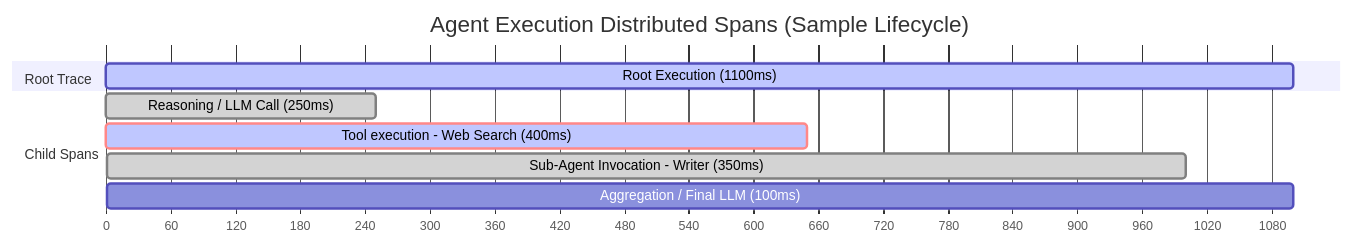
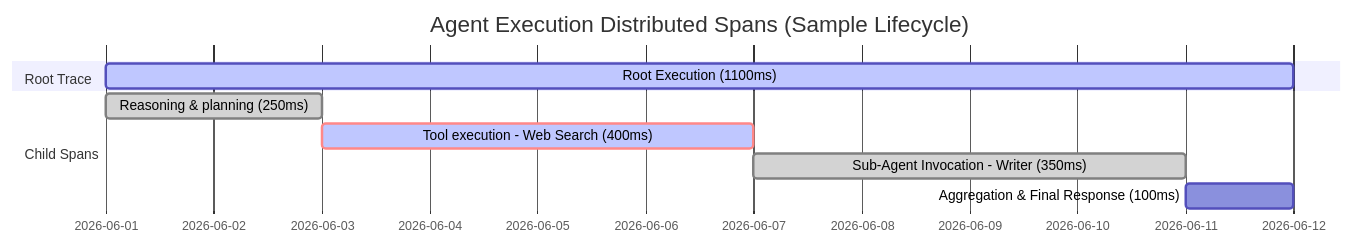
The third of 4 diagrams in docs/architecture.md (cosmosinnovate/agentos), drawn with Mermaid before and after one commit.

Commit message:
fix: use standard date formatting in Mermaid Gantt chart for universal compatibility

````diff
--- a/docs/architecture.md
+++ b/docs/architecture.md
@@ -60,15 +60,14 @@
 ```mermaid
 gantt
     title Agent Execution Distributed Spans (Sample Lifecycle)
-    dateFormat  X
-    axisFormat %s
+    dateFormat  YYYY-MM-DD
     
     section Root Trace
-    Root Execution (1100ms)      :active, trace, 0, 1100
+    Root Execution (1100ms)      :active, trace, 2026-06-01, 2026-06-12
     
     section Child Spans
-    Reasoning / LLM Call (250ms) :done, llm1, 0, 250
-    Tool execution - Web Search (400ms) :crit, active, tool1, 250, 650
-    Sub-Agent Invocation - Writer (350ms) :done, agent1, 650, 1000
-    Aggregation / Final LLM (100ms) :llm2, 1000, 1100
+    Reasoning & planning (250ms) :done, llm1, 2026-06-01, 2026-06-03
+    Tool execution - Web Search (400ms) :crit, active, tool1, 2026-06-03, 2026-06-07
+    Sub-Agent Invocation - Writer (350ms) :done, agent1, 2026-06-07, 2026-06-11
+    Aggregation & Final Response (100ms) :llm2, 2026-06-11, 2026-06-12
 ```
````
